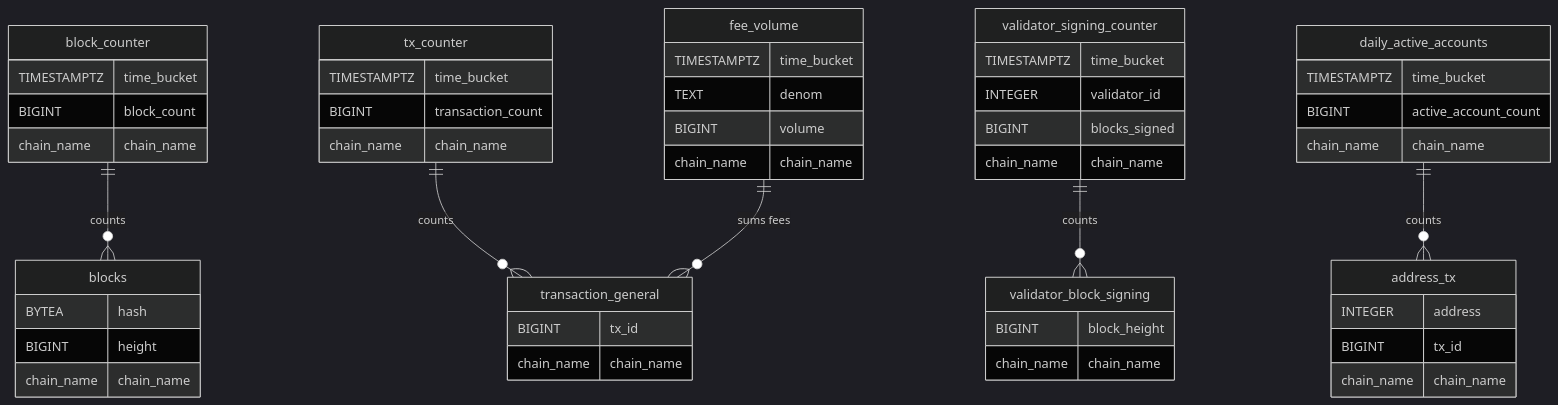
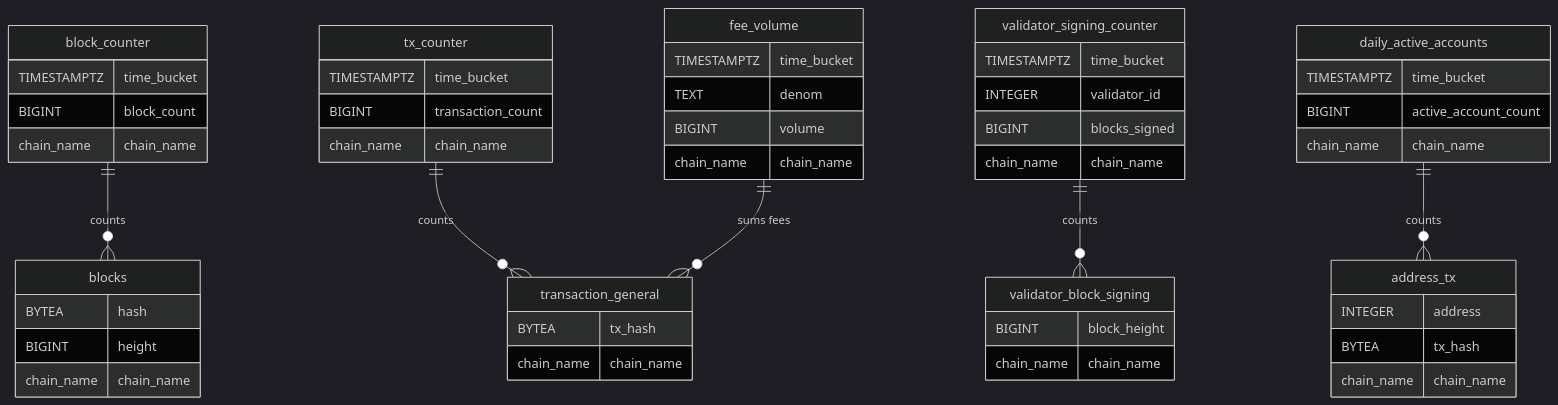
The sixth of 6 diagrams in docs/data-model.md (Cogwheel-Validator/spectra-gnoland-indexer), drawn with Mermaid (dark theme) before and after one commit. The commit also changed other lines of this file, not shown here.

````diff
--- a/docs/data-model.md
+++ b/docs/data-model.md
@@ -286,53 +274,53 @@
 ```mermaid
 erDiagram
     blocks {
       BYTEA hash
       BIGINT height
       chain_name chain_name
     }
     transaction_general {
-      BIGINT tx_id
+      BYTEA tx_hash
       chain_name chain_name
     }
     validator_block_signing {
       BIGINT block_height
       chain_name chain_name
     }
     address_tx {
       INTEGER address
-      BIGINT tx_id
+      BYTEA tx_hash
       chain_name chain_name
     }
     block_counter {
       TIMESTAMPTZ time_bucket
       BIGINT block_count
       chain_name chain_name
     }
     tx_counter {
       TIMESTAMPTZ time_bucket
       BIGINT transaction_count
       chain_name chain_name
     }
     validator_signing_counter {
       TIMESTAMPTZ time_bucket
       INTEGER validator_id
       BIGINT blocks_signed
       chain_name chain_name
     }
     daily_active_accounts {
       TIMESTAMPTZ time_bucket
       BIGINT active_account_count
       chain_name chain_name
     }
     fee_volume {
       TIMESTAMPTZ time_bucket
       TEXT denom
       BIGINT volume
       chain_name chain_name
     }
     block_counter ||--o{ blocks : "counts"
     tx_counter ||--o{ transaction_general : "counts"
     validator_signing_counter ||--o{ validator_block_signing : "counts"
     daily_active_accounts ||--o{ address_tx : "counts"
     fee_volume ||--o{ transaction_general : "sums fees"
 ```
````
